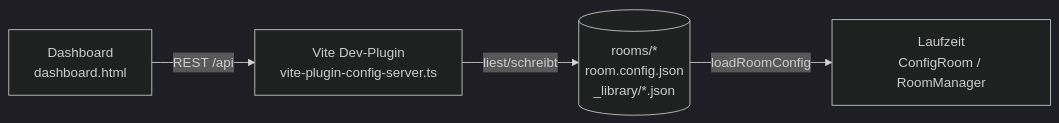
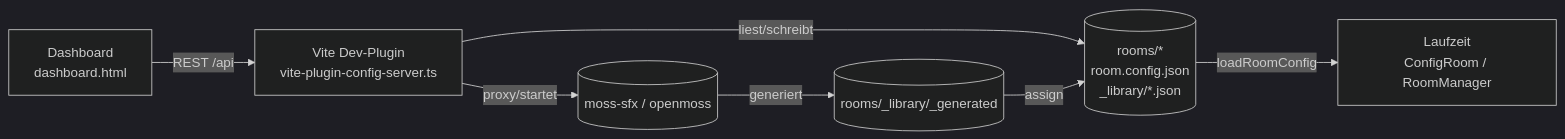
Before and after one commit to johappel/liturgicum: the diagram in docs/Dashboard.md, drawn with Mermaid (dark theme). The commit also changed other lines of this file and 7 other files, not shown here.

````diff
--- a/docs/Dashboard.md
+++ b/docs/Dashboard.md
@@ -20,6 +20,9 @@
 ```mermaid
 flowchart LR
   DASH[Dashboard\ndashboard.html] -->|REST /api| SRV[Vite Dev-Plugin\nvite-plugin-config-server.ts]
   SRV -->|liest/schreibt| FS[(rooms/*\nroom.config.json\n_library/*.json)]
   FS -->|loadRoomConfig| RT[Laufzeit\nConfigRoom / RoomManager]
+  SRV -->|proxy/startet| GEN[(moss-sfx / openmoss)]
+  GEN -->|generiert| POOL[(rooms/_library/_generated)]
+  POOL -->|assign| FS
 ```
````
